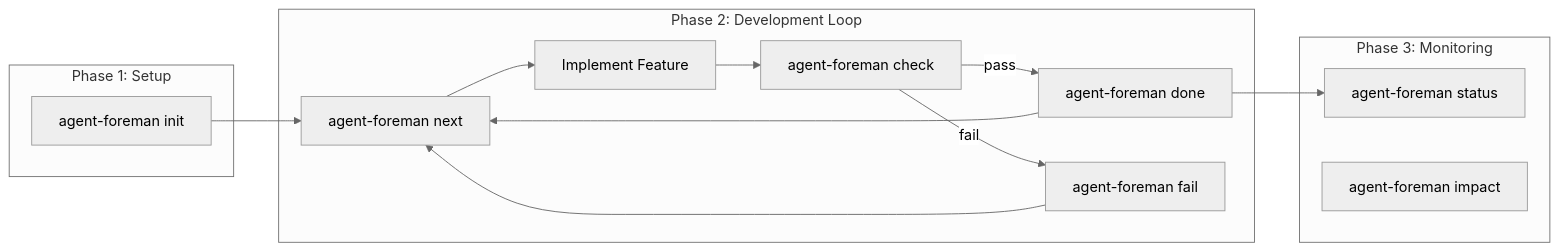
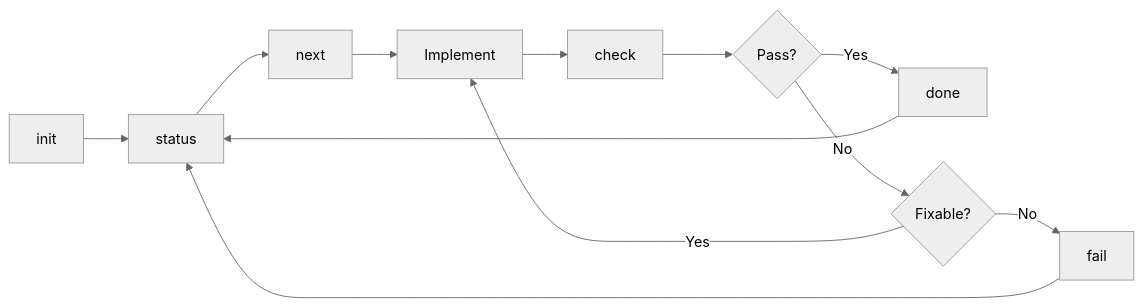
Before and after one commit to jerejones/agent-foreman: the diagram in docs/commands/README.md, drawn with Mermaid (neutral theme). The commit also changed other lines of this file and 379 other files, not shown here.

````diff
--- a/docs/commands/README.md
+++ b/docs/commands/README.md
@@ -91,23 +26,14 @@
 ```mermaid
-flowchart LR
-    subgraph Phase1["Phase 1: Setup"]
-        A1[agent-foreman init]
-    end
-
-    subgraph Phase2["Phase 2: Development Loop"]
-        B1[agent-foreman next] --> B2[Implement Feature]
-        B2 --> B3[agent-foreman check]
-        B3 -->|pass| B4[agent-foreman done]
-        B3 -->|fail| B5[agent-foreman fail]
-        B4 --> B1
-        B5 --> B1
-    end
-
-    subgraph Phase3["Phase 3: Monitoring"]
-        C1[agent-foreman status]
-        C2[agent-foreman impact]
-    end
-
-    A1 --> B1
-    B4 --> C1
+graph LR
+    A[init] --> B[status]
+    B --> C[next]
+    C --> D[Implement]
+    D --> E[check]
+    E --> F{Pass?}
+    F -->|Yes| G[done]
+    F -->|No| H{Fixable?}
+    H -->|Yes| D
+    H -->|No| I[fail]
+    I --> B
+    G --> B
 ```
````
